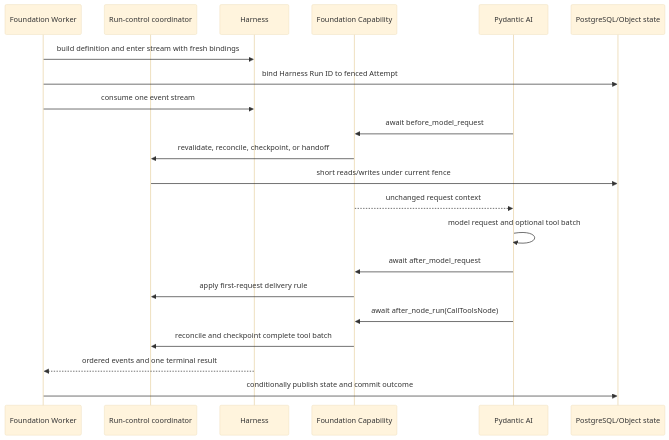
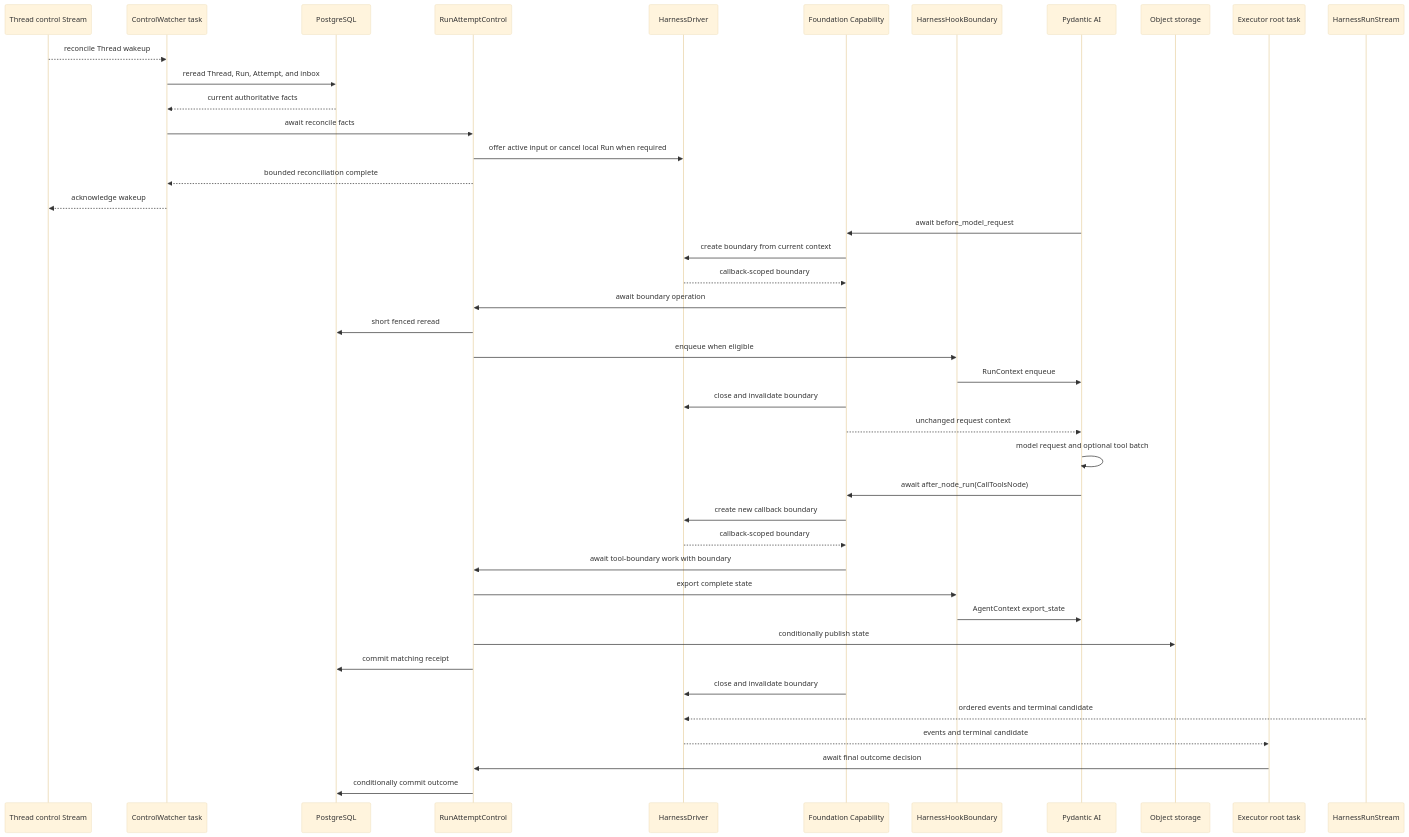
Before and after one commit to LTThreeComma/agent-foundation: the third of 3 diagrams in spec/foundation-service/14-harness-runtime-integration.md, drawn with Mermaid (base theme). The commit also changed other lines of this file and 21 other files, not shown here.

First line of the commit message:
docs(foundation): define attempt execution and environment bindings (#131)

````diff
--- a/spec/foundation-service/14-harness-runtime-integration.md
+++ b/spec/foundation-service/14-harness-runtime-integration.md
@@ -230,24 +417,46 @@
 ```mermaid
 sequenceDiagram
-    participant Worker as Foundation Worker
-    participant Control as Run-control coordinator
-    participant Harness
+    participant RedisControl as Thread control Stream
+    participant Watcher as ControlWatcher task
+    participant Postgres as PostgreSQL
+    participant RunControl as RunAttemptControl
+    participant Driver as HarnessDriver
     participant Capability as Foundation Capability
+    participant Boundary as HarnessHookBoundary
     participant PAI as Pydantic AI
-    participant DB as PostgreSQL/Object state
+    participant Objects as Object storage
+    participant Executor as Executor root task
+    participant Harness as HarnessRunStream
 
-    Worker->>Harness: build definition and enter stream with fresh bindings
-    Worker->>DB: bind Harness Run ID to fenced Attempt
-    Worker->>Harness: consume one event stream
+    RedisControl-->>Watcher: reconcile Thread wakeup
+    Watcher->>Postgres: reread Thread, Run, Attempt, and inbox
+    Postgres-->>Watcher: current authoritative facts
+    Watcher->>RunControl: await reconcile facts
+    RunControl->>Driver: offer active input or cancel local Run when required
+    RunControl-->>Watcher: bounded reconciliation complete
+    Watcher-->>RedisControl: acknowledge wakeup
+
     PAI->>Capability: await before_model_request
-    Capability->>Control: revalidate, reconcile, checkpoint, or handoff
-    Control->>DB: short reads/writes under current fence
+    Capability->>Driver: create boundary from current context
+    Driver-->>Capability: callback-scoped boundary
+    Capability->>RunControl: await boundary operation
+    RunControl->>Postgres: short fenced reread
+    RunControl->>Boundary: enqueue when eligible
+    Boundary->>PAI: RunContext enqueue
+    Capability->>Driver: close and invalidate boundary
     Capability-->>PAI: unchanged request context
     PAI->>PAI: model request and optional tool batch
-    PAI->>Capability: await after_model_request
-    Capability->>Control: apply first-request delivery rule
     PAI->>Capability: await after_node_run(CallToolsNode)
-    Capability->>Control: reconcile and checkpoint complete tool batch
-    Harness-->>Worker: ordered events and one terminal result
-    Worker->>DB: conditionally publish state and commit outcome
+    Capability->>Driver: create new callback boundary
+    Driver-->>Capability: callback-scoped boundary
+    Capability->>RunControl: await tool-boundary work with boundary
+    RunControl->>Boundary: export complete state
+    Boundary->>PAI: AgentContext export_state
+    RunControl->>Objects: conditionally publish state
+    RunControl->>Postgres: commit matching receipt
+    Capability->>Driver: close and invalidate boundary
+    Harness-->>Driver: ordered events and terminal candidate
+    Driver-->>Executor: events and terminal candidate
+    Executor->>RunControl: await final outcome decision
+    RunControl->>Postgres: conditionally commit outcome
 ```
````
